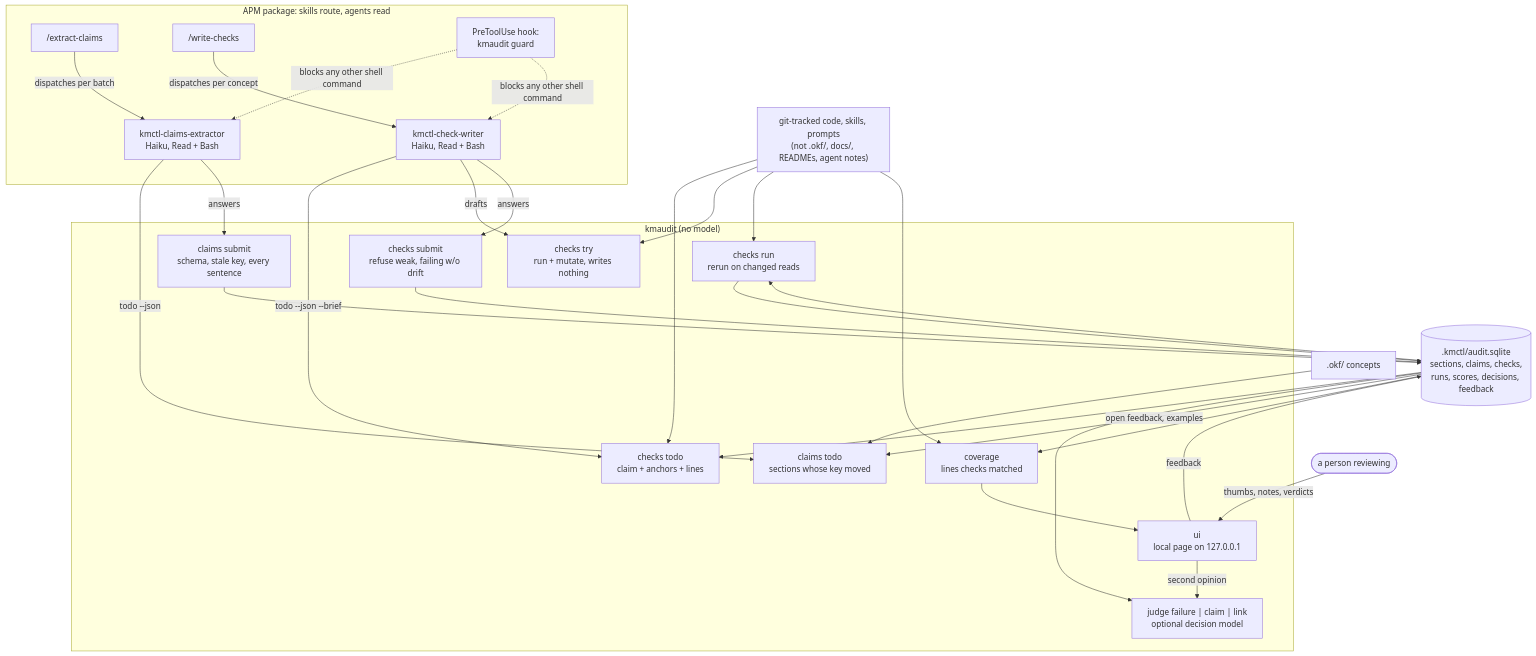
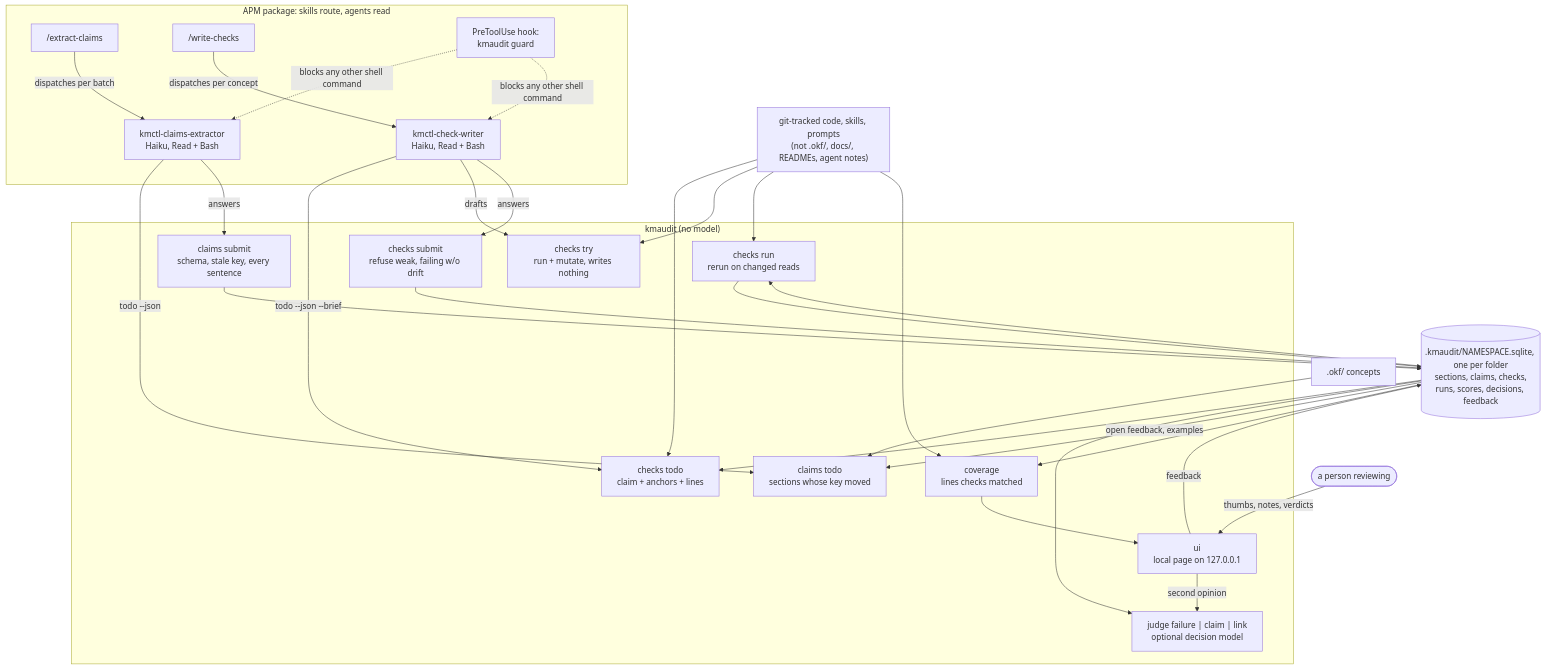
The diagram in .okf/architecture/audit-pipeline.md (JasperHG90/kmctl), drawn with Mermaid before and after one commit. The commit also changed other lines of this file and 29 other files, not shown here.

First line of the commit message:
kmaudit: any folder of markdown docs is a namespace with its own store

````diff
--- a/.okf/architecture/audit-pipeline.md
+++ b/.okf/architecture/audit-pipeline.md
@@ -36,56 +37,56 @@
 ```mermaid
 flowchart TB
     bundle[".okf/ concepts"]
     code["git-tracked code, skills, prompts<br/>(not .okf/, docs/, READMEs, agent notes)"]
 
     subgraph skills["APM package: skills route, agents read"]
         extractSkill["/extract-claims"]
         writeSkill["/write-checks"]
         extractor["kmctl-claims-extractor<br/>Haiku, Read + Bash"]
         writer["kmctl-check-writer<br/>Haiku, Read + Bash"]
         guard["PreToolUse hook:<br/>kmaudit guard"]
     end
 
     subgraph cli["kmaudit (no model)"]
         ctodo["claims todo<br/>sections whose key moved"]
         csubmit["claims submit<br/>schema, stale key, every sentence"]
         ktodo["checks todo<br/>claim + anchors + lines"]
         ktry["checks try<br/>run + mutate, writes nothing"]
         ksubmit["checks submit<br/>refuse weak, failing w/o drift"]
         krun["checks run<br/>rerun on changed reads"]
         judge["judge failure | claim | link<br/>optional decision model"]
         ui["ui<br/>local page on 127.0.0.1"]
         cover["coverage<br/>lines checks matched"]
     end
 
     person(["a person reviewing"])
 
-    store[(".kmctl/audit.sqlite<br/>sections, claims, checks,<br/>runs, scores, decisions, feedback")]
+    store[(".kmaudit/NAMESPACE.sqlite, one per folder<br/>sections, claims, checks,<br/>runs, scores, decisions, feedback")]
 
     bundle --> ctodo
     extractSkill -- "dispatches per batch" --> extractor
     extractor -- "todo --json" --> ctodo
     extractor -- "answers" --> csubmit
     csubmit --> store
     store --> ktodo
     code --> ktodo
     writeSkill -- "dispatches per concept" --> writer
     writer -- "todo --json --brief" --> ktodo
     writer -- "drafts" --> ktry
     code --> ktry
     writer -- "answers" --> ksubmit
     ksubmit --> store
     code --> krun
     store --> krun
     krun --> store
     store --> judge
     person -- "thumbs, notes, verdicts" --> ui
     ui -- "feedback" --> store
     ui -- "second opinion" --> judge
     store -- "open feedback, examples" --> ctodo
     store --> cover
     code --> cover
     cover --> ui
     guard -. "blocks any other shell command" .-> extractor
     guard -. "blocks any other shell command" .-> writer
 ```
````
